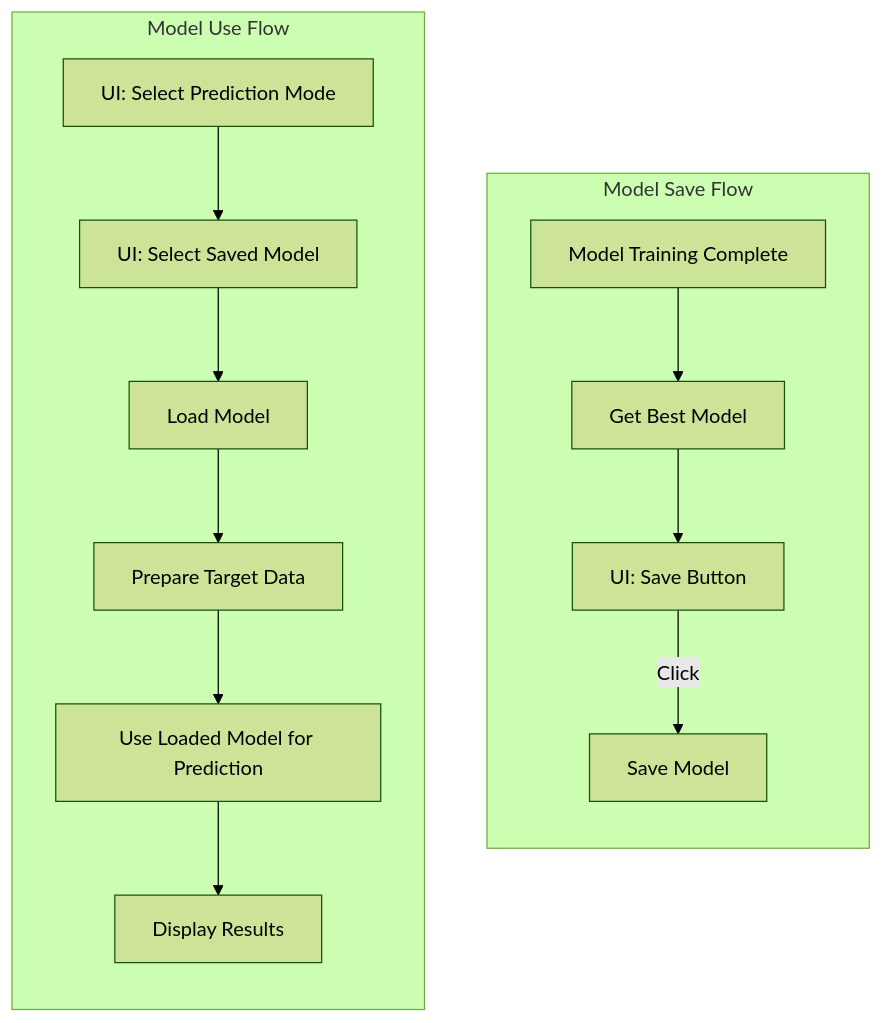
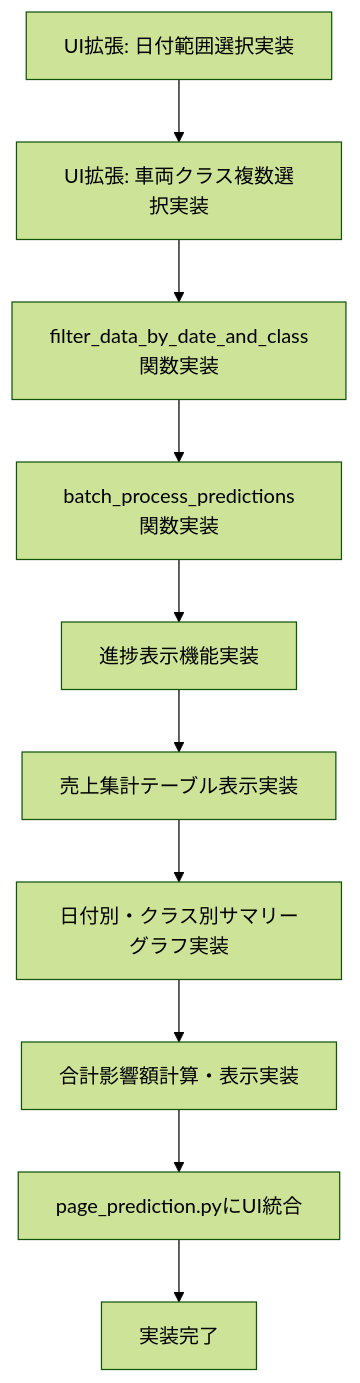
One commit to RyosukeTanaka/toyota-lecture changed the third of 3 diagrams in next_steps.md. Above: the diagram before and after it, drawn with Mermaid (forest theme). The commit also changed other lines of this file, not shown here.

````diff
--- a/next_steps.md
+++ b/next_steps.md
@@ -108,18 +381,12 @@
 ```mermaid
-flowchart TD
-    subgraph SaveFlow[Model Save Flow]
-        direction TB
-        A[Model Training Complete] --> B[Get Best Model]
-        B --> C[UI: Save Button]
-        C -- Click --> D[Save Model]
-    end
-    
-    subgraph UseFlow[Model Use Flow]
-        direction TB
-        E[UI: Select Prediction Mode] --> F[UI: Select Saved Model]
-        F --> G[Load Model]
-        G --> H[Prepare Target Data]
-        H --> I[Use Loaded Model for Prediction]
-        I --> J[Display Results]
-    end
+graph TD
+    A[UI拡張: 日付範囲選択実装] --> B[UI拡張: 車両クラス複数選択実装]
+    B --> C[filter_data_by_date_and_class関数実装]
+    C --> D[batch_process_predictions関数実装]
+    D --> E[進捗表示機能実装]
+    E --> F[売上集計テーブル表示実装]
+    F --> G[日付別・クラス別サマリーグラフ実装]
+    G --> H[合計影響額計算・表示実装]
+    H --> I[page_prediction.pyにUI統合]
+    I --> J[実装完了]
 ```
````
